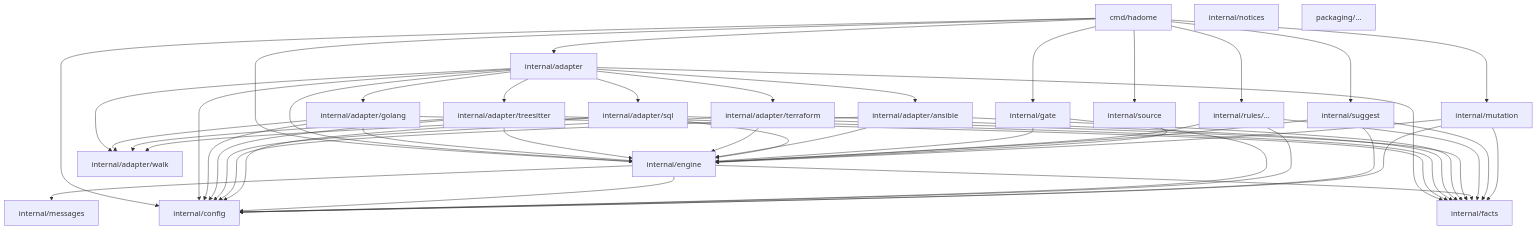
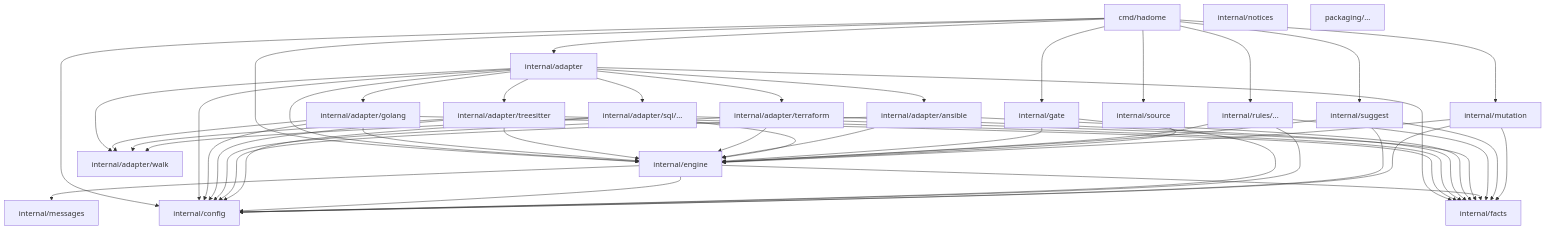
Before and after one commit to rerorets/hadome: the diagram in docs/design/dependencies.ja.md, drawn with Mermaid. The commit also changed other lines of this file and 86 other files, not shown here.

````diff
--- a/docs/design/dependencies.ja.md
+++ b/docs/design/dependencies.ja.md
@@ -8,17 +8,17 @@
 ```mermaid
 flowchart TB
   cmd["cmd/hadome"] --> adapter["internal/adapter"] & gate["internal/gate"] & rules["internal/rules/..."]
   cmd --> suggest["internal/suggest"] & source["internal/source"] & engine["internal/engine"] & config["internal/config"]
   cmd --> mutation["internal/mutation"]
-  adapter --> golang["internal/adapter/golang"] & treesitter["internal/adapter/treesitter"] & terraform["internal/adapter/terraform"] & ansible["internal/adapter/ansible"] & sqladapter["internal/adapter/sql"]:::planned
+  adapter --> golang["internal/adapter/golang"] & treesitter["internal/adapter/treesitter"] & terraform["internal/adapter/terraform"] & ansible["internal/adapter/ansible"] & sqladapter["internal/adapter/sql/..."]
   adapter & golang & treesitter & sqladapter --> walk["internal/adapter/walk"]
   adapter & golang & treesitter & terraform & ansible & sqladapter --> engine & config & facts["internal/facts"]
   engine --> config & facts & messages["internal/messages"]
   gate --> engine & config
   rules --> engine & config & facts
   suggest --> engine & config & facts
   source --> engine
   mutation --> engine & config & facts
   notices["internal/notices"]
   packaging["packaging/..."]
 ```
````
